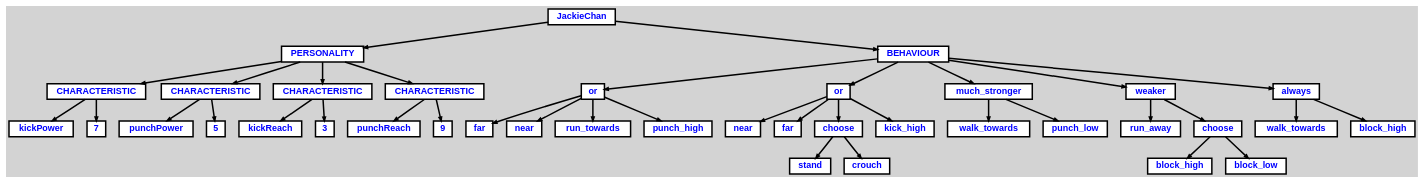
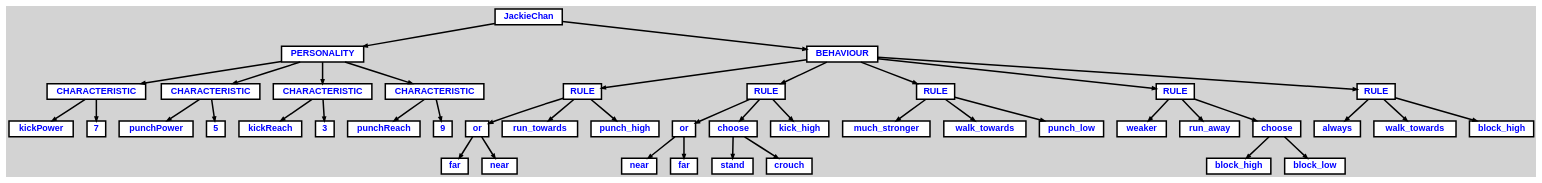
Before and after one commit to tvdstorm/sea-of-saf: the diagram in mrjorrit/output/AST.dot, drawn with Graphviz. The commit also changed 3 other files, not shown here.

```diff
--- a/mrjorrit/output/AST.dot
+++ b/mrjorrit/output/AST.dot
@@ -1,99 +1,111 @@
 digraph {
 
 	ordering=out;
 	ranksep=.4;
 	bgcolor="lightgrey"; node [shape=box, fixedsize=false, fontsize=12, fontname="Helvetica-bold", fontcolor="blue"
 		width=.25, height=.25, color="black", fillcolor="white", style="filled, solid, bold"];
 	edge [arrowsize=.5, color="black", style="bold"]
 
   n0 [label="JackieChan"];
   n1 [label="PERSONALITY"];
   n1 [label="PERSONALITY"];
   n2 [label="CHARACTERISTIC"];
   n2 [label="CHARACTERISTIC"];
   n3 [label="kickPower"];
   n4 [label="7"];
   n5 [label="CHARACTERISTIC"];
   n5 [label="CHARACTERISTIC"];
   n6 [label="punchPower"];
   n7 [label="5"];
   n8 [label="CHARACTERISTIC"];
   n8 [label="CHARACTERISTIC"];
   n9 [label="kickReach"];
   n10 [label="3"];
   n11 [label="CHARACTERISTIC"];
   n11 [label="CHARACTERISTIC"];
   n12 [label="punchReach"];
   n13 [label="9"];
   n14 [label="BEHAVIOUR"];
   n14 [label="BEHAVIOUR"];
-  n15 [label="or"];
-  n15 [label="or"];
-  n16 [label="far"];
-  n17 [label="near"];
-  n18 [label="run_towards"];
-  n19 [label="punch_high"];
-  n20 [label="or"];
-  n20 [label="or"];
-  n21 [label="near"];
-  n22 [label="far"];
-  n23 [label="choose"];
-  n23 [label="choose"];
-  n24 [label="stand"];
-  n25 [label="crouch"];
-  n26 [label="kick_high"];
-  n27 [label="much_stronger"];
-  n27 [label="much_stronger"];
-  n28 [label="walk_towards"];
-  n29 [label="punch_low"];
-  n30 [label="weaker"];
-  n30 [label="weaker"];
-  n31 [label="run_away"];
-  n32 [label="choose"];
-  n32 [label="choose"];
-  n33 [label="block_high"];
-  n34 [label="block_low"];
-  n35 [label="always"];
-  n35 [label="always"];
-  n36 [label="walk_towards"];
+  n15 [label="RULE"];
+  n15 [label="RULE"];
+  n16 [label="or"];
+  n16 [label="or"];
+  n17 [label="far"];
+  n18 [label="near"];
+  n19 [label="run_towards"];
+  n20 [label="punch_high"];
+  n21 [label="RULE"];
+  n21 [label="RULE"];
+  n22 [label="or"];
+  n22 [label="or"];
+  n23 [label="near"];
+  n24 [label="far"];
+  n25 [label="choose"];
+  n25 [label="choose"];
+  n26 [label="stand"];
+  n27 [label="crouch"];
+  n28 [label="kick_high"];
+  n29 [label="RULE"];
+  n29 [label="RULE"];
+  n30 [label="much_stronger"];
+  n31 [label="walk_towards"];
+  n32 [label="punch_low"];
+  n33 [label="RULE"];
+  n33 [label="RULE"];
+  n34 [label="weaker"];
+  n35 [label="run_away"];
+  n36 [label="choose"];
+  n36 [label="choose"];
   n37 [label="block_high"];
+  n38 [label="block_low"];
+  n39 [label="RULE"];
+  n39 [label="RULE"];
+  n40 [label="always"];
+  n41 [label="walk_towards"];
+  n42 [label="block_high"];
 
   n0 -> n1 // "JackieChan" -> "PERSONALITY"
   n1 -> n2 // "PERSONALITY" -> "CHARACTERISTIC"
   n2 -> n3 // "CHARACTERISTIC" -> "kickPower"
   n2 -> n4 // "CHARACTERISTIC" -> "7"
   n1 -> n5 // "PERSONALITY" -> "CHARACTERISTIC"
   n5 -> n6 // "CHARACTERISTIC" -> "punchPower"
   n5 -> n7 // "CHARACTERISTIC" -> "5"
   n1 -> n8 // "PERSONALITY" -> "CHARACTERISTIC"
   n8 -> n9 // "CHARACTERISTIC" -> "kickReach"
   n8 -> n10 // "CHARACTERISTIC" -> "3"
   n1 -> n11 // "PERSONALITY" -> "CHARACTERISTIC"
   n11 -> n12 // "CHARACTERISTIC" -> "punchReach"
   n11 -> n13 // "CHARACTERISTIC" -> "9"
   n0 -> n14 // "JackieChan" -> "BEHAVIOUR"
-  n14 -> n15 // "BEHAVIOUR" -> "or"
-  n15 -> n16 // "or" -> "far"
-  n15 -> n17 // "or" -> "near"
-  n15 -> n18 // "or" -> "run_towards"
-  n15 -> n19 // "or" -> "punch_high"
-  n14 -> n20 // "BEHAVIOUR" -> "or"
-  n20 -> n21 // "or" -> "near"
-  n20 -> n22 // "or" -> "far"
-  n20 -> n23 // "or" -> "choose"
-  n23 -> n24 // "choose" -> "stand"
-  n23 -> n25 // "choose" -> "crouch"
-  n20 -> n26 // "or" -> "kick_high"
-  n14 -> n27 // "BEHAVIOUR" -> "much_stronger"
-  n27 -> n28 // "much_stronger" -> "walk_towards"
-  n27 -> n29 // "much_stronger" -> "punch_low"
-  n14 -> n30 // "BEHAVIOUR" -> "weaker"
-  n30 -> n31 // "weaker" -> "run_away"
-  n30 -> n32 // "weaker" -> "choose"
-  n32 -> n33 // "choose" -> "block_high"
-  n32 -> n34 // "choose" -> "block_low"
-  n14 -> n35 // "BEHAVIOUR" -> "always"
-  n35 -> n36 // "always" -> "walk_towards"
-  n35 -> n37 // "always" -> "block_high"
+  n14 -> n15 // "BEHAVIOUR" -> "RULE"
+  n15 -> n16 // "RULE" -> "or"
+  n16 -> n17 // "or" -> "far"
+  n16 -> n18 // "or" -> "near"
+  n15 -> n19 // "RULE" -> "run_towards"
+  n15 -> n20 // "RULE" -> "punch_high"
+  n14 -> n21 // "BEHAVIOUR" -> "RULE"
+  n21 -> n22 // "RULE" -> "or"
+  n22 -> n23 // "or" -> "near"
+  n22 -> n24 // "or" -> "far"
+  n21 -> n25 // "RULE" -> "choose"
+  n25 -> n26 // "choose" -> "stand"
+  n25 -> n27 // "choose" -> "crouch"
+  n21 -> n28 // "RULE" -> "kick_high"
+  n14 -> n29 // "BEHAVIOUR" -> "RULE"
+  n29 -> n30 // "RULE" -> "much_stronger"
+  n29 -> n31 // "RULE" -> "walk_towards"
+  n29 -> n32 // "RULE" -> "punch_low"
+  n14 -> n33 // "BEHAVIOUR" -> "RULE"
+  n33 -> n34 // "RULE" -> "weaker"
+  n33 -> n35 // "RULE" -> "run_away"
+  n33 -> n36 // "RULE" -> "choose"
+  n36 -> n37 // "choose" -> "block_high"
+  n36 -> n38 // "choose" -> "block_low"
+  n14 -> n39 // "BEHAVIOUR" -> "RULE"
+  n39 -> n40 // "RULE" -> "always"
+  n39 -> n41 // "RULE" -> "walk_towards"
+  n39 -> n42 // "RULE" -> "block_high"
 
 }
```
